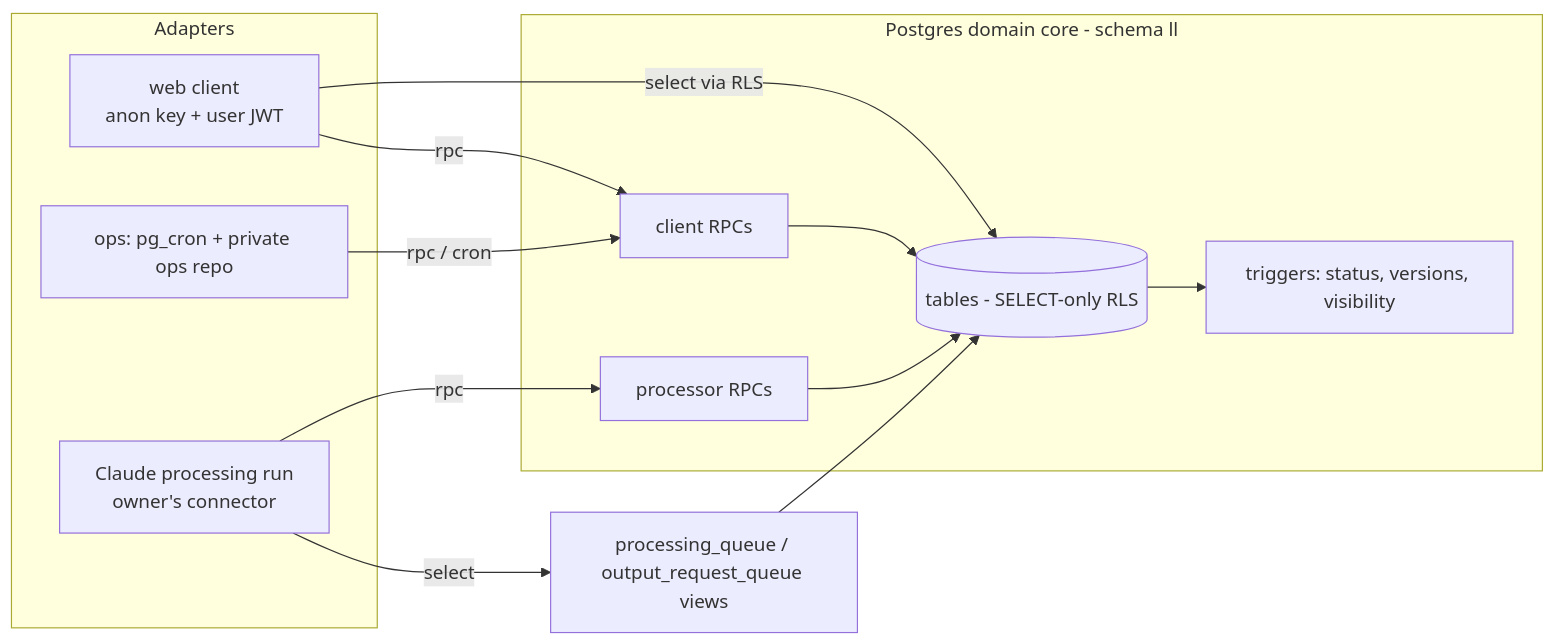
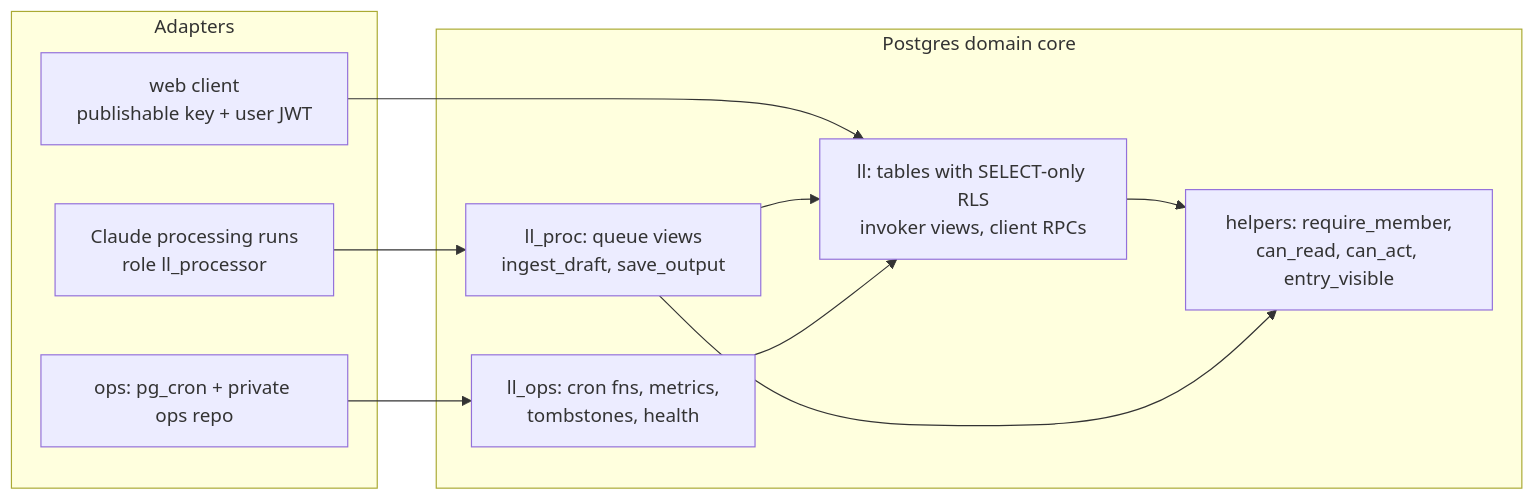
Before and after one commit to vinunairs/life-ledger: the first of 3 diagrams in _bmad-output/planning-artifacts/architecture/architecture-life-ledger-2026-10-05/ARCHITECTURE-SPINE.md, drawn with Mermaid. The commit also changed other lines of this file and 2 other files, not shown here.

First line of the commit message:
Revise architecture spine after reviewer gate

````diff
--- a/_bmad-output/planning-artifacts/architecture/architecture-life-ledger-2026-10-05/ARCHITECTURE-SPINE.md
+++ b/_bmad-output/planning-artifacts/architecture/architecture-life-ledger-2026-10-05/ARCHITECTURE-SPINE.md
@@ -39,23 +39,21 @@
 ```mermaid
 flowchart LR
   subgraph Adapters
-    W[web client<br/>anon key + user JWT]
-    C[Claude processing run<br/>owner's connector]
+    W[web client<br/>publishable key + user JWT]
+    C[Claude processing runs<br/>role ll_processor]
     O[ops: pg_cron + private ops repo]
   end
-  subgraph Core[Postgres domain core - schema ll]
-    CR[client RPCs]
-    PR[processor RPCs]
-    T[(tables - SELECT-only RLS)]
-    TR[triggers: status, versions, visibility]
+  subgraph Core[Postgres domain core]
+    LL[ll: tables with SELECT-only RLS<br/>invoker views, client RPCs]
+    LP[ll_proc: queue views<br/>ingest_draft, save_output]
+    LO[ll_ops: cron fns, metrics,<br/>tombstones, health]
+    H[helpers: require_member,<br/>can_read, can_act, entry_visible]
   end
-  W -->|select via RLS| T
-  W -->|rpc| CR
-  C -->|select| Q[processing_queue / output_request_queue views]
-  C -->|rpc| PR
-  O -->|rpc / cron| CR
-  CR --> T
-  PR --> T
-  T --> TR
-  Q --> T
+  W --> LL
+  C --> LP
+  O --> LO
+  LP --> LL
+  LO --> LL
+  LL --> H
+  LP --> H
 ```
````
